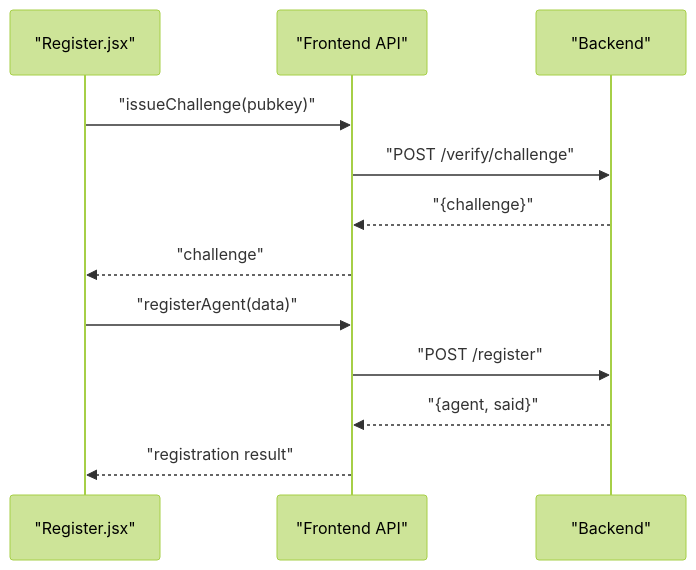
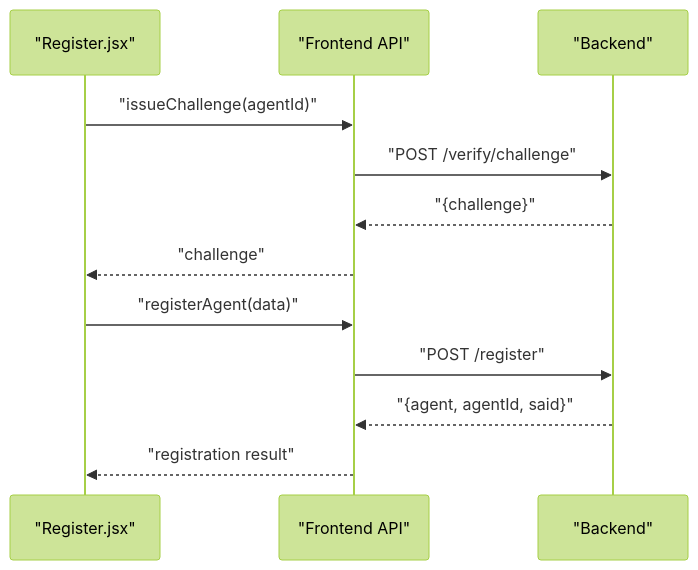
One commit to RunTimeAdmin/AgentID changed the eighth of 10 diagrams in .qoder/repowiki/en/content/Frontend Application/API Integration.md. Above: the diagram before and after it, drawn with Mermaid (forest theme). The commit also changed other lines of this file and 31 other files, not shown here.

````diff
--- a/.qoder/repowiki/en/content/Frontend Application/API Integration.md
+++ b/.qoder/repowiki/en/content/Frontend Application/API Integration.md
@@ -311,14 +342,14 @@
 ```mermaid
 sequenceDiagram
 participant UI as "Register.jsx"
 participant API as "Frontend API"
 participant BE as "Backend"
-UI->>API : "issueChallenge(pubkey)"
+UI->>API : "issueChallenge(agentId)"
 API->>BE : "POST /verify/challenge"
 BE-->>API : "{challenge}"
 API-->>UI : "challenge"
 UI->>API : "registerAgent(data)"
 API->>BE : "POST /register"
-BE-->>API : "{agent, said}"
+BE-->>API : "{agent, agentId, said}"
 API-->>UI : "registration result"
 ```
````
